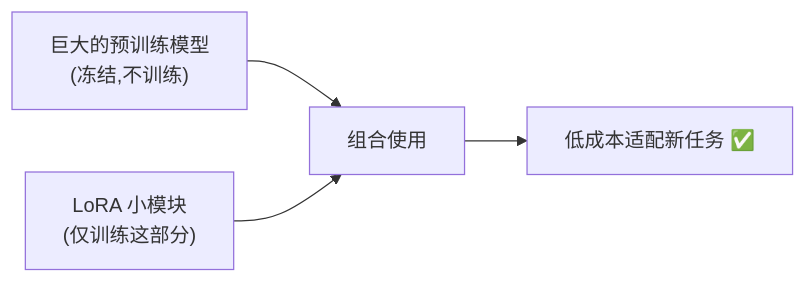
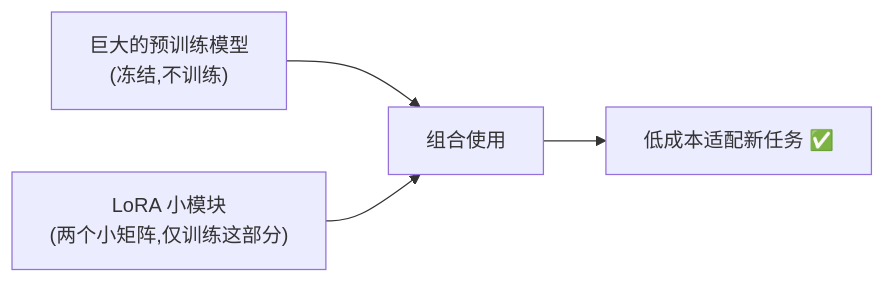
Before and after one commit to zerioo1970/summary: the fourth of 9 diagrams in transformer-学习资料/第12章-进阶话题与展望.md, drawn with Mermaid. The commit also changed other lines of this file and 6 other files, not shown here.

Commit message:
大幅扩写第1、2、8-12章:新增导览/数值示例/深入原理/FAQ/更多图解

````diff
--- a/transformer-学习资料/第12章-进阶话题与展望.md
+++ b/transformer-学习资料/第12章-进阶话题与展望.md
@@ -57,6 +88,6 @@
 ```mermaid
 flowchart LR
     A["巨大的预训练模型<br/>(冻结,不训练)"] --> C["组合使用"]
-    B["LoRA 小模块<br/>(仅训练这部分)"] --> C
+    B["LoRA 小模块<br/>(两个小矩阵,仅训练这部分)"] --> C
     C --> D["低成本适配新任务 ✅"]
 ```
````
